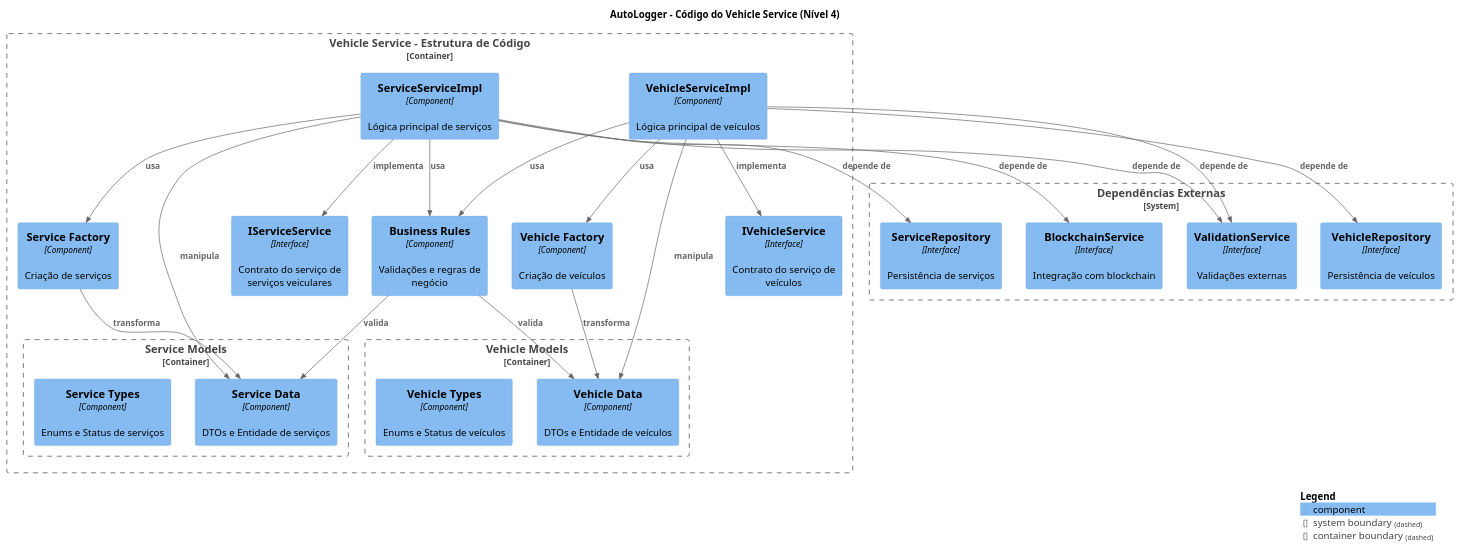
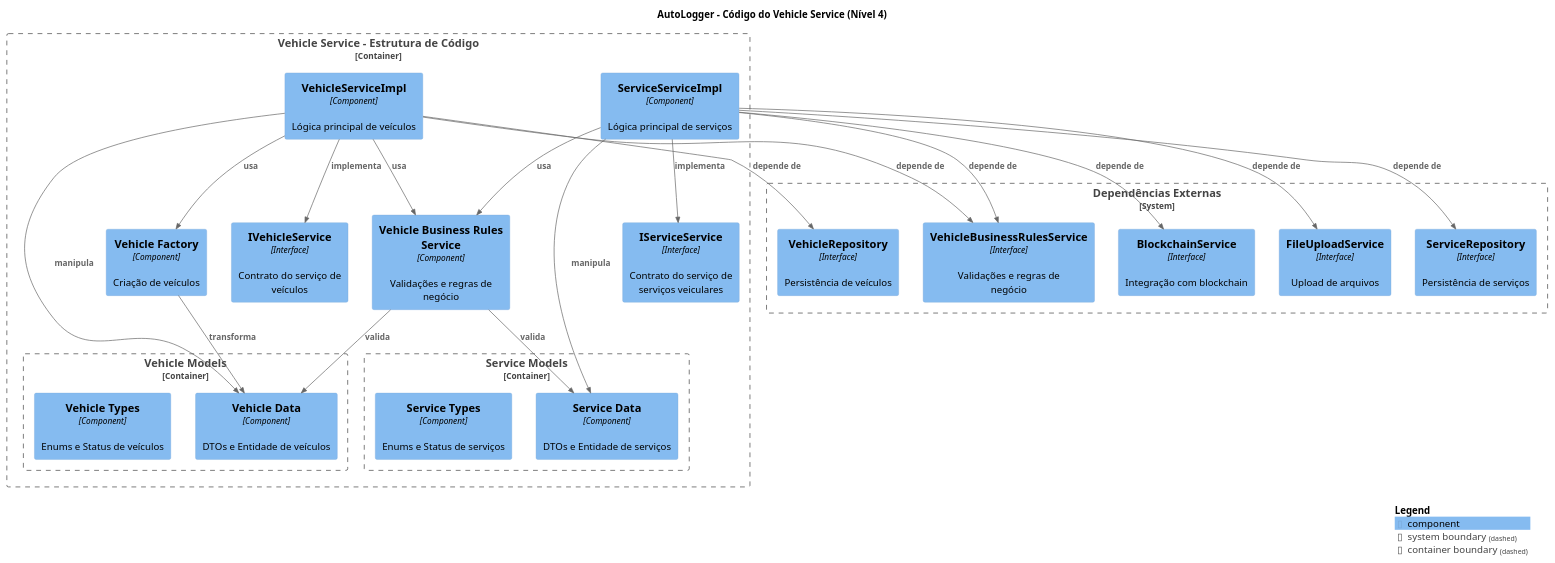
Before and after one commit to Pellegr1n1/autologger-services: the fourth of 4 diagrams in docs/c4_architecture/c4_architecture.puml, drawn with PlantUML. The commit also changed other lines of this file and 245 other files, not shown here.

```diff
--- a/docs/c4_architecture/c4_architecture.puml
+++ b/docs/c4_architecture/c4_architecture.puml
@@ -148,56 +170,55 @@
 @startuml c4_level4
 !includeurl https://raw.githubusercontent.com/plantuml-stdlib/C4-PlantUML/master/C4.puml
 !includeurl https://raw.githubusercontent.com/plantuml-stdlib/C4-PlantUML/master/C4_Component.puml
 
 title AutoLogger - Código do Vehicle Service (Nível 4)
 
 Container_Boundary(vehicle_service_code, "Vehicle Service - Estrutura de Código") {
     Component(ivehicle_service, "IVehicleService", "Interface", "Contrato do serviço de veículos")
     Component(vehicle_service_impl, "VehicleServiceImpl", "Component", "Lógica principal de veículos")
     
     Component(iservice_service, "IServiceService", "Interface", "Contrato do serviço de serviços veiculares")
     Component(service_service_impl, "ServiceServiceImpl", "Component", "Lógica principal de serviços")
     
     Container_Boundary(vehicle_models, "Vehicle Models") {
         Component(vehicle_data, "Vehicle Data", "Component", "DTOs e Entidade de veículos")
         Component(vehicle_types, "Vehicle Types", "Component", "Enums e Status de veículos")
     }
     
     Container_Boundary(service_models, "Service Models") {
         Component(service_data, "Service Data", "Component", "DTOs e Entidade de serviços")
         Component(service_types, "Service Types", "Component", "Enums e Status de serviços")
     }
     
-    Component(business_rules, "Business Rules", "Component", "Validações e regras de negócio")
+    Component(business_rules, "Vehicle Business Rules Service", "Component", "Validações e regras de negócio")
     Component(vehicle_factory, "Vehicle Factory", "Component", "Criação de veículos")
-    Component(service_factory, "Service Factory", "Component", "Criação de serviços")
 }
 
 Rel(vehicle_service_impl, ivehicle_service, "implementa")
 Rel(service_service_impl, iservice_service, "implementa")
 Rel(vehicle_service_impl, vehicle_data, "manipula")
 Rel(service_service_impl, service_data, "manipula")
 Rel(vehicle_service_impl, business_rules, "usa")
 Rel(service_service_impl, business_rules, "usa")
 Rel(vehicle_service_impl, vehicle_factory, "usa")
-Rel(service_service_impl, service_factory, "usa")
 Rel(vehicle_factory, vehicle_data, "transforma")
-Rel(service_factory, service_data, "transforma")
 Rel(business_rules, vehicle_data, "valida")
 Rel(business_rules, service_data, "valida")
 
 System_Boundary(external, "Dependências Externas") {
     Component(vehicle_repository, "VehicleRepository", "Interface", "Persistência de veículos")
     Component(service_repository, "ServiceRepository", "Interface", "Persistência de serviços")
-    Component(validation, "ValidationService", "Interface", "Validações externas")
+    Component(validation, "VehicleBusinessRulesService", "Interface", "Validações e regras de negócio")
     Component(blockchain, "BlockchainService", "Interface", "Integração com blockchain")
+    Component(file_upload, "FileUploadService", "Interface", "Upload de arquivos")
 }
 
 Rel(vehicle_service_impl, vehicle_repository, "depende de")
 Rel(service_service_impl, service_repository, "depende de")
 Rel(vehicle_service_impl, validation, "depende de")
 Rel(service_service_impl, validation, "depende de")
 Rel(service_service_impl, blockchain, "depende de")
+Rel(service_service_impl, file_upload, "depende de")
 
 SHOW_LEGEND()
 @enduml
```
